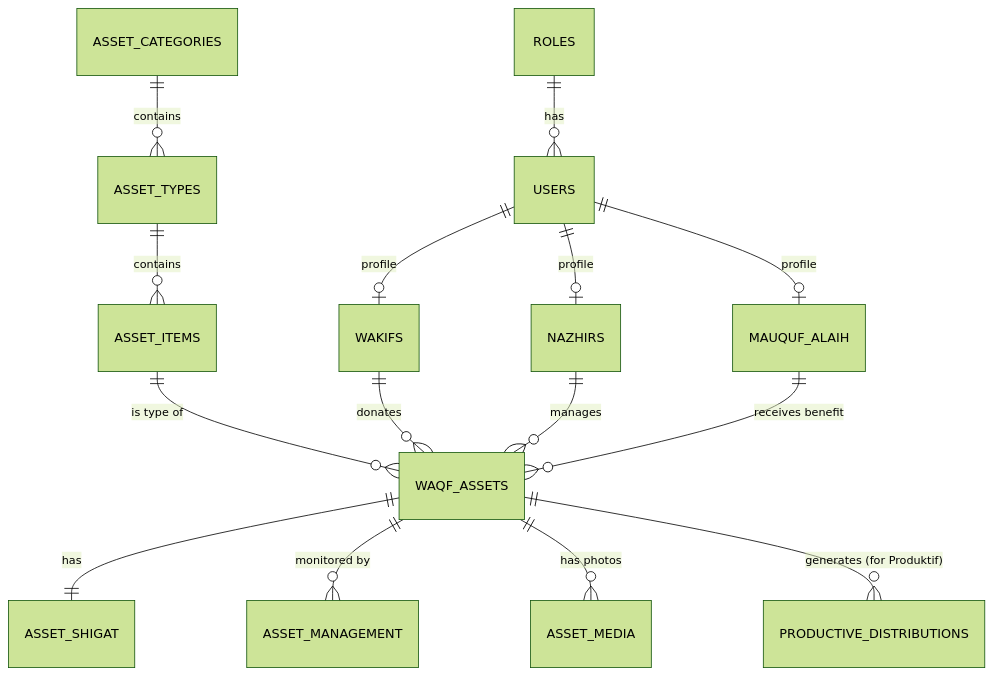
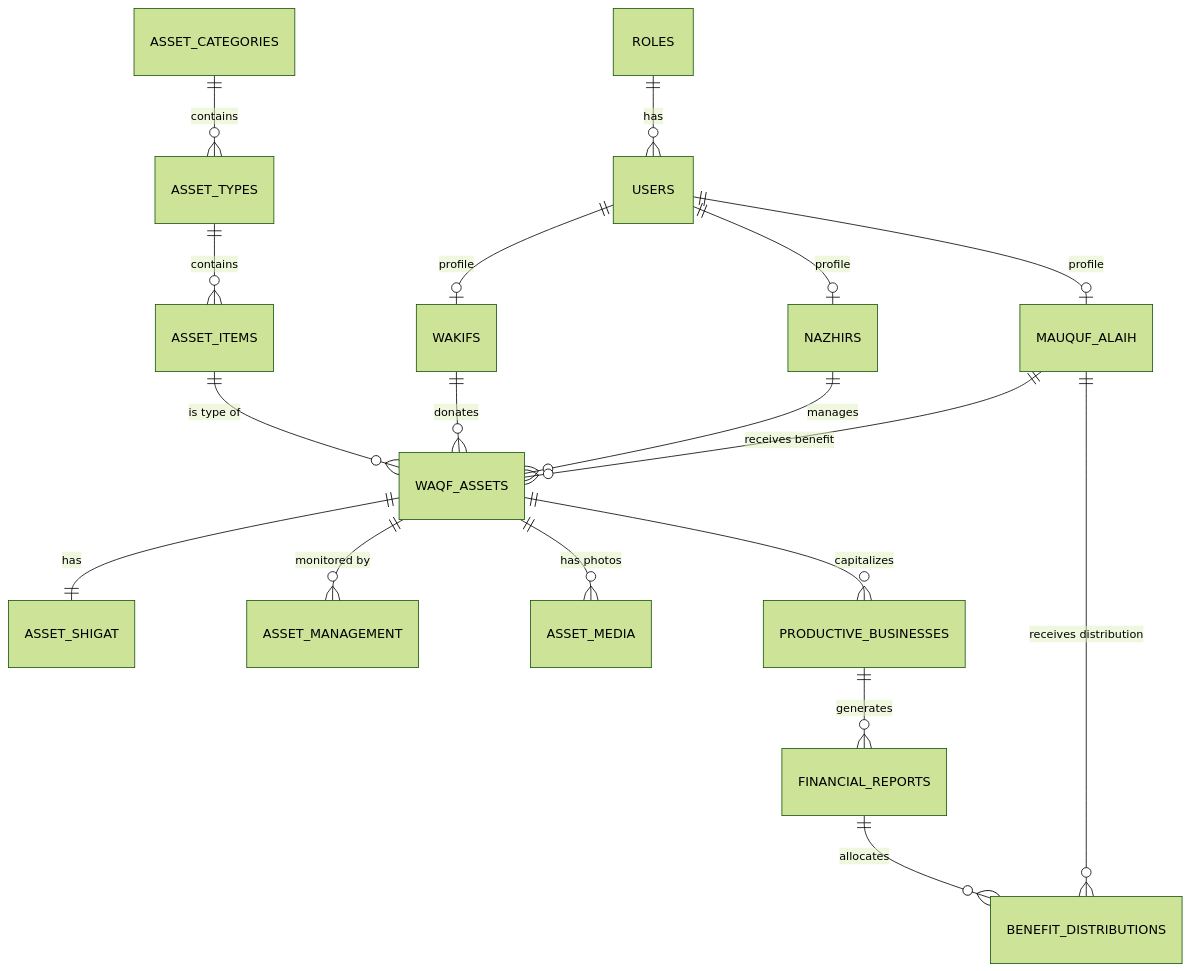
The diagram in docs/erd.md (yasirmaulana/dashboard-wakaf-fe), drawn with Mermaid (forest theme) before and after one commit. The commit also changed other lines of this file, not shown here.

Commit message:
add productive waqf flow

````diff
--- a/docs/erd.md
+++ b/docs/erd.md
@@ -16,21 +16,25 @@
 ```mermaid
 erDiagram
     ROLES ||--o{ USERS : "has"
     USERS ||--o| WAKIFS : "profile"
     USERS ||--o| NAZHIRS : "profile"
     USERS ||--o| MAUQUF_ALAIH : "profile"
 
     ASSET_CATEGORIES ||--o{ ASSET_TYPES : "contains"
     ASSET_TYPES ||--o{ ASSET_ITEMS : "contains"
     
     ASSET_ITEMS ||--o{ WAQF_ASSETS : "is type of"
     WAKIFS ||--o{ WAQF_ASSETS : "donates"
     NAZHIRS ||--o{ WAQF_ASSETS : "manages"
     MAUQUF_ALAIH ||--o{ WAQF_ASSETS : "receives benefit"
 
     WAQF_ASSETS ||--|| ASSET_SHIGAT : "has"
     WAQF_ASSETS ||--o{ ASSET_MANAGEMENT : "monitored by"
     WAQF_ASSETS ||--o{ ASSET_MEDIA : "has photos"
 
-    WAQF_ASSETS ||--o{ PRODUCTIVE_DISTRIBUTIONS : "generates (for Produktif)"
+    %% Productive Waqf Flow
+    WAQF_ASSETS ||--o{ PRODUCTIVE_BUSINESSES : "capitalizes"
+    PRODUCTIVE_BUSINESSES ||--o{ FINANCIAL_REPORTS : "generates"
+    FINANCIAL_REPORTS ||--o{ BENEFIT_DISTRIBUTIONS : "allocates"
+    MAUQUF_ALAIH ||--o{ BENEFIT_DISTRIBUTIONS : "receives distribution"
 ```
````
